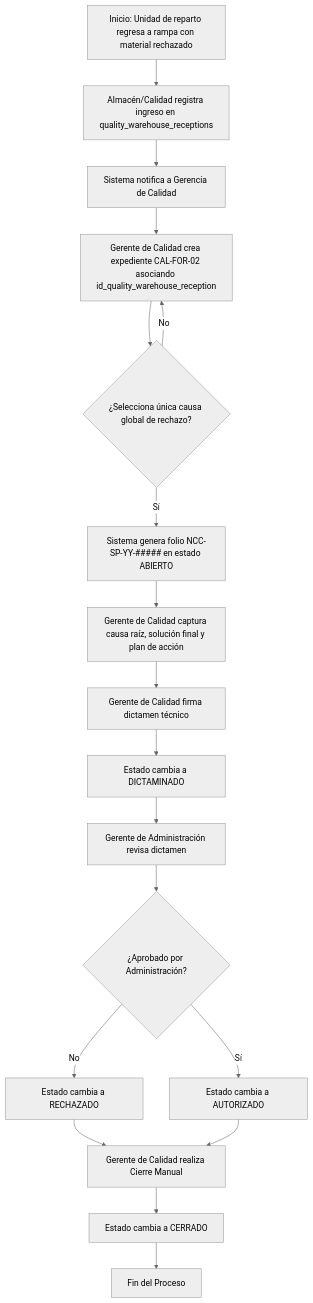
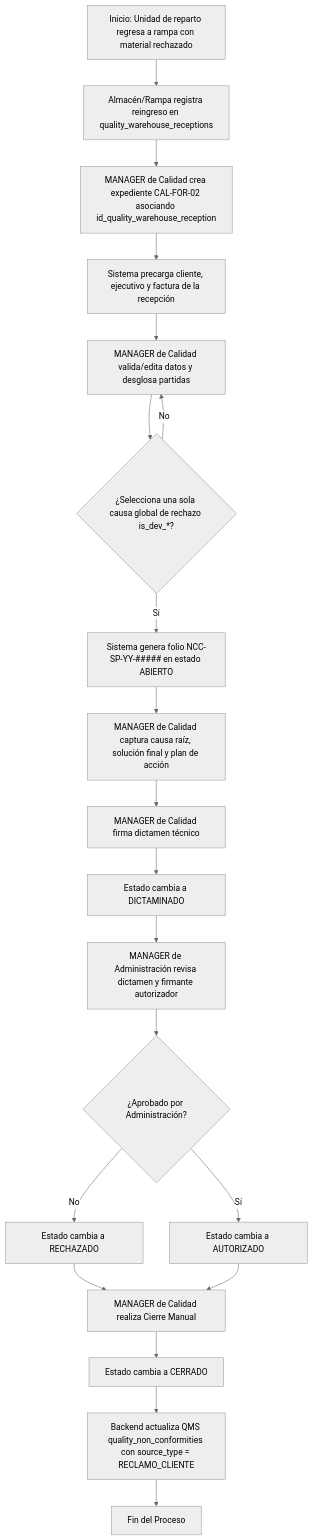
One commit to Automatizacion-KPC/KoonolApp changed the second of 3 diagrams in docs/modules/product_rejection.md. Above: the diagram before and after it, drawn with Mermaid (neutral theme). The commit also changed other lines of this file, not shown here.

Commit message:
Se actualizó los diagramas de flujo del módulo CPR

````diff
--- a/docs/modules/product_rejection.md
+++ b/docs/modules/product_rejection.md
@@ -194,20 +195,22 @@
 ```mermaid
 graph TD
-    A[Inicio: Unidad de reparto regresa a rampa con material rechazado] --> B[Almacén/Calidad registra ingreso en quality_warehouse_receptions]
-    B --> C[Sistema notifica a Gerencia de Calidad]
-    C --> D[Gerente de Calidad crea expediente CAL-FOR-02 asociando id_quality_warehouse_reception]
-    D --> E{¿Selecciona única causa global de rechazo?}
-    E -- No --> D
-    E -- Sí --> F[Sistema genera folio NCC-SP-YY-##### en estado ABIERTO]
-    F --> G[Gerente de Calidad captura causa raíz, solución final y plan de acción]
-    G --> H[Gerente de Calidad firma dictamen técnico]
-    H --> I[Estado cambia a DICTAMINADO]
-    I --> J[Gerente de Administración revisa dictamen]
-    J --> K{¿Aprobado por Administración?}
-    K -- No --> L[Estado cambia a RECHAZADO]
-    K -- Sí --> M[Estado cambia a AUTORIZADO]
-    L --> N[Gerente de Calidad realiza Cierre Manual]
-    M --> N
-    N --> O[Estado cambia a CERRADO]
-    O --> P[Fin del Proceso]
+    A[Inicio: Unidad de reparto regresa a rampa con material rechazado] --> B[Almacén/Rampa registra reingreso en quality_warehouse_receptions]
+    B --> C[MANAGER de Calidad crea expediente CAL-FOR-02 asociando id_quality_warehouse_reception]
+    C --> D[Sistema precarga cliente, ejecutivo y factura de la recepción]
+    D --> E[MANAGER de Calidad valida/edita datos y desglosa partidas]
+    E --> F{¿Selecciona una sola causa global de rechazo is_dev_*?}
+    F -- No --> E
+    F -- Sí --> G[Sistema genera folio NCC-SP-YY-##### en estado ABIERTO]
+    G --> H[MANAGER de Calidad captura causa raíz, solución final y plan de acción]
+    H --> I[MANAGER de Calidad firma dictamen técnico]
+    I --> J[Estado cambia a DICTAMINADO]
+    J --> K[MANAGER de Administración revisa dictamen y firmante autorizador]
+    K --> L{¿Aprobado por Administración?}
+    L -- No --> M[Estado cambia a RECHAZADO]
+    L -- Sí --> N[Estado cambia a AUTORIZADO]
+    M --> O[MANAGER de Calidad realiza Cierre Manual]
+    N --> O
+    O --> P[Estado cambia a CERRADO]
+    P --> Q[Backend actualiza QMS quality_non_conformities con source_type = RECLAMO_CLIENTE]
+    Q --> R[Fin del Proceso]
 ```
````
